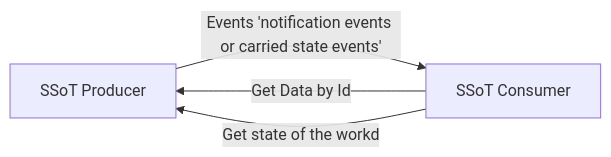
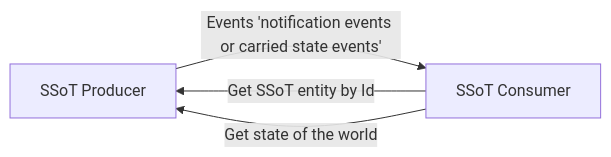
Before and after one commit to axel-springer-kugawana/gsl-seo-geo-consumer: the diagram in samples/ssot-pattern/README.md, drawn with Mermaid.

````diff
--- a/samples/ssot-pattern/README.md
+++ b/samples/ssot-pattern/README.md
@@ -14,9 +14,9 @@
 ```mermaid
 
 flowchart LR 
     A[SSoT Producer] -->|Events 'notification events or carried state events'|B[SSoT Consumer]
-    B[SSoT Consumer] -->|Get Data by Id| A[SSoT Producer]
-    B[SSoT Consumer] -->|Get state of the workd| A[SSoT Producer]
+    B[SSoT Consumer] -->|Get SSoT entity by Id| A[SSoT Producer]
+    B[SSoT Consumer] -->|Get state of the world| A[SSoT Producer]
     
 
 ```
````
